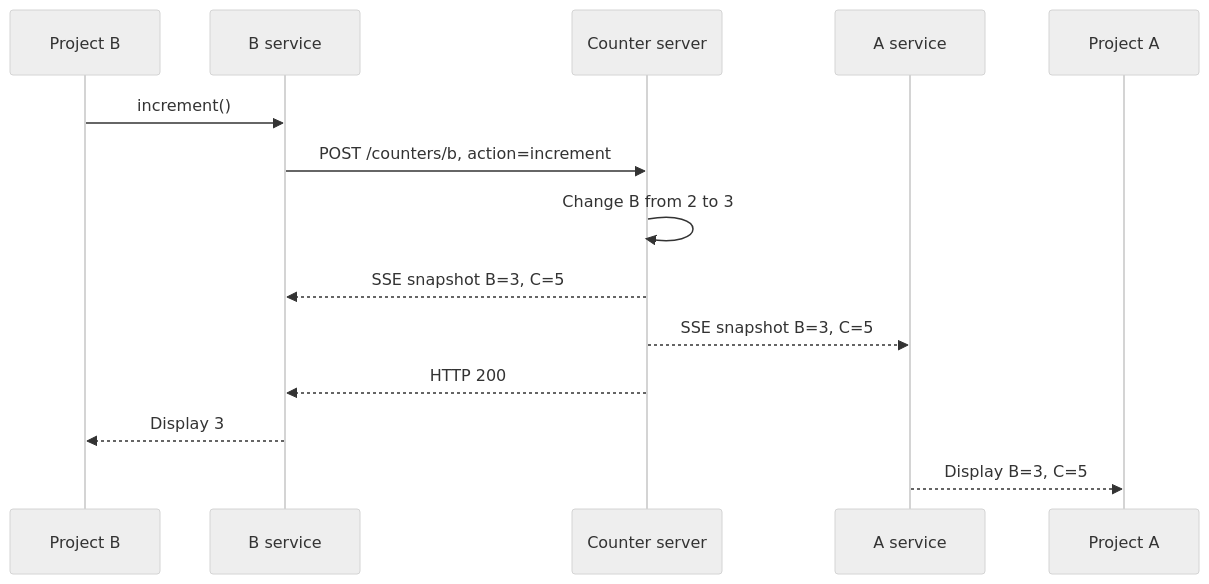
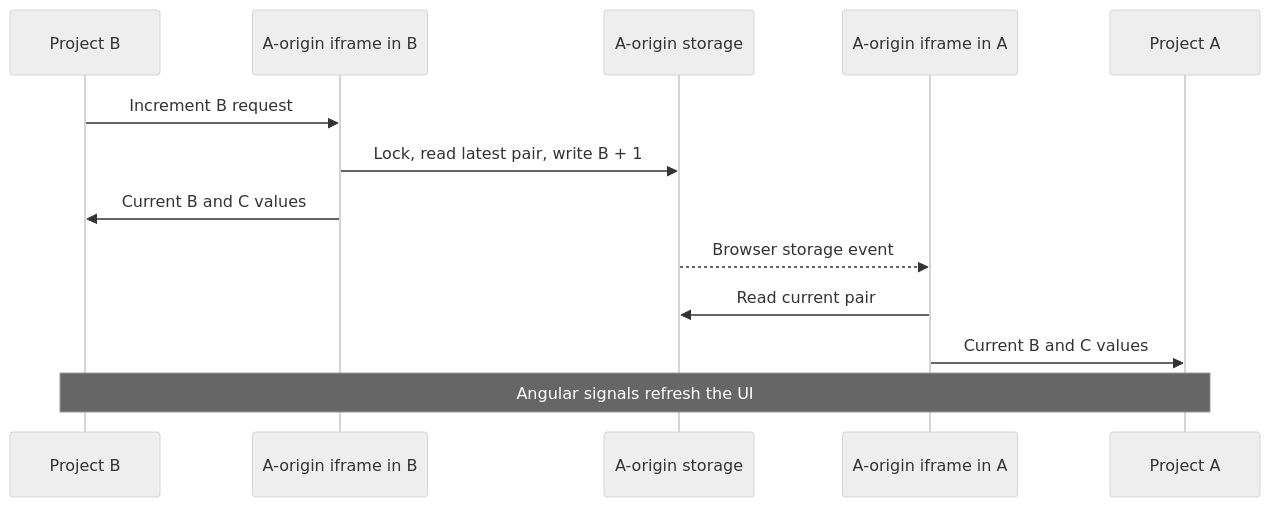
The diagram in README.md (sakthi-cannyfore/Angular-demo), drawn with Mermaid (neutral theme) before and after one commit. The commit also changed other lines of this file and 55 other files, not shown here.

````diff
--- a/README.md
+++ b/README.md
@@ -483,16 +136,15 @@
 ```mermaid
 sequenceDiagram
     participant B as Project B
-    participant SB as B service
-    participant API as Counter server
-    participant SA as A service
+    participant FB as A-origin iframe in B
+    participant S as A-origin storage
+    participant FA as A-origin iframe in A
     participant A as Project A
-    B->>SB: increment()
-    SB->>API: POST /counters/b, action=increment
-    API->>API: Change B from 2 to 3
-    API-->>SB: SSE snapshot B=3, C=5
-    API-->>SA: SSE snapshot B=3, C=5
-    API-->>SB: HTTP 200
-    SB-->>B: Display 3
-    SA-->>A: Display B=3, C=5
+    B->>FB: Increment B request
+    FB->>S: Lock, read latest pair, write B + 1
+    FB->>B: Current B and C values
+    S-->>FA: Browser storage event
+    FA->>S: Read current pair
+    FA->>A: Current B and C values
+    Note over A,B: Angular signals refresh the UI
 ```
````
